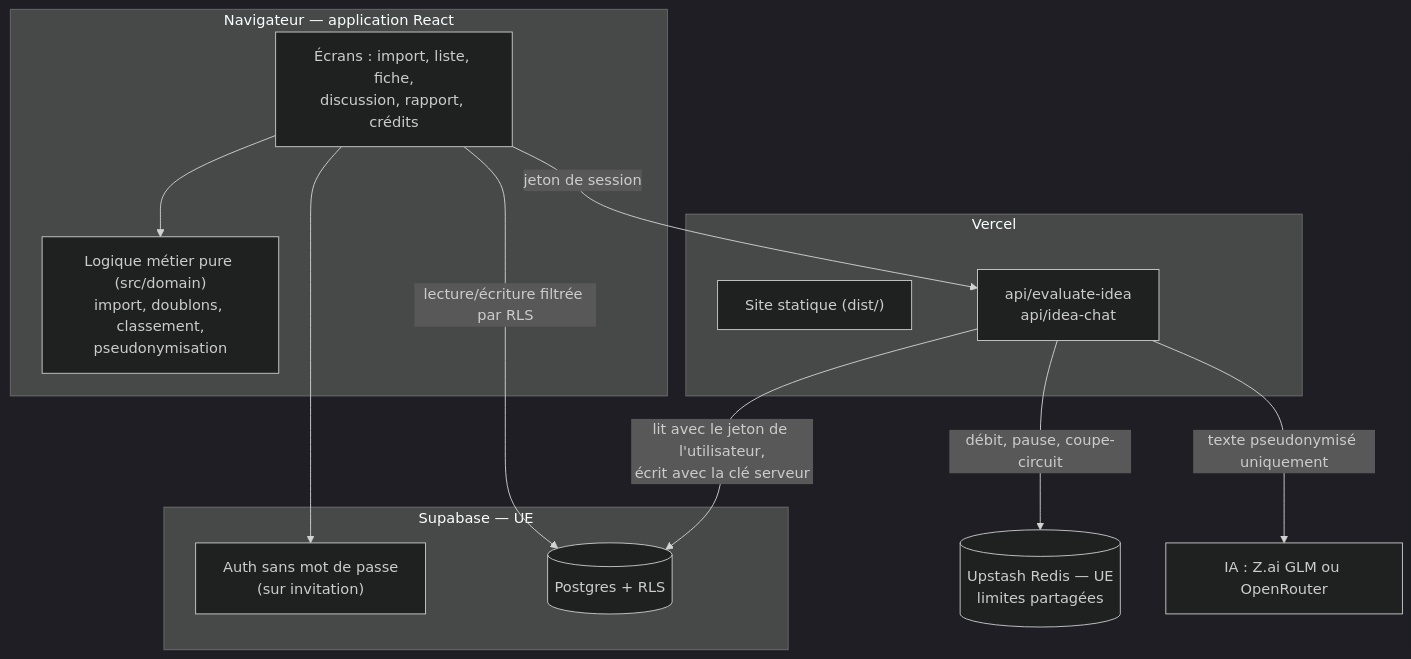
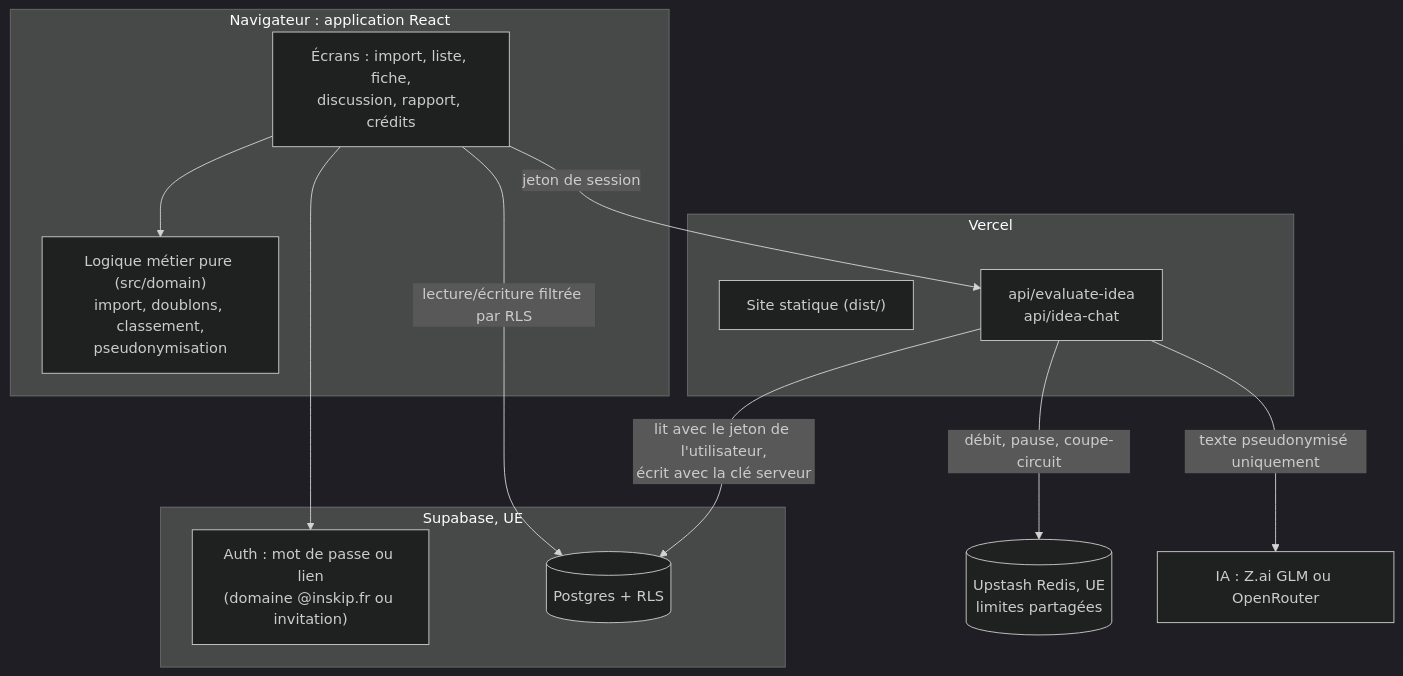
Before and after one commit to firasayari10/INSKIP-platforme-innovation: the second of 4 diagrams in README.md, drawn with Mermaid (dark theme). The commit also changed other lines of this file and 8 other files, not shown here.

Commit message:
feat: inscription par mot de passe réservée au domaine @inskip.fr

````diff
--- a/README.md
+++ b/README.md
@@ -133,25 +133,25 @@
 ```mermaid
 flowchart TB
-    subgraph Nav["Navigateur — application React"]
+    subgraph Nav["Navigateur : application React"]
         UI["Écrans : import, liste, fiche,<br/>discussion, rapport, crédits"]
         DOM["Logique métier pure (src/domain)<br/>import, doublons, classement,<br/>pseudonymisation"]
     end
     subgraph Vercel["Vercel"]
         STATIC["Site statique (dist/)"]
         API["api/evaluate-idea<br/>api/idea-chat"]
     end
-    subgraph SB["Supabase — UE"]
-        AUTH["Auth sans mot de passe<br/>(sur invitation)"]
+    subgraph SB["Supabase, UE"]
+        AUTH["Auth : mot de passe ou lien<br/>(domaine @inskip.fr ou invitation)"]
         PG[("Postgres + RLS")]
     end
-    RED[("Upstash Redis — UE<br/>limites partagées")]
+    RED[("Upstash Redis, UE<br/>limites partagées")]
     LLM["IA : Z.ai GLM ou OpenRouter"]
 
     UI --> DOM
     UI -- "lecture/écriture filtrée par RLS" --> PG
     UI --> AUTH
     UI -- "jeton de session" --> API
     API -- "lit avec le jeton de l'utilisateur,<br/>écrit avec la clé serveur" --> PG
     API -- "débit, pause, coupe-circuit" --> RED
     API -- "texte pseudonymisé uniquement" --> LLM
 ```
````
